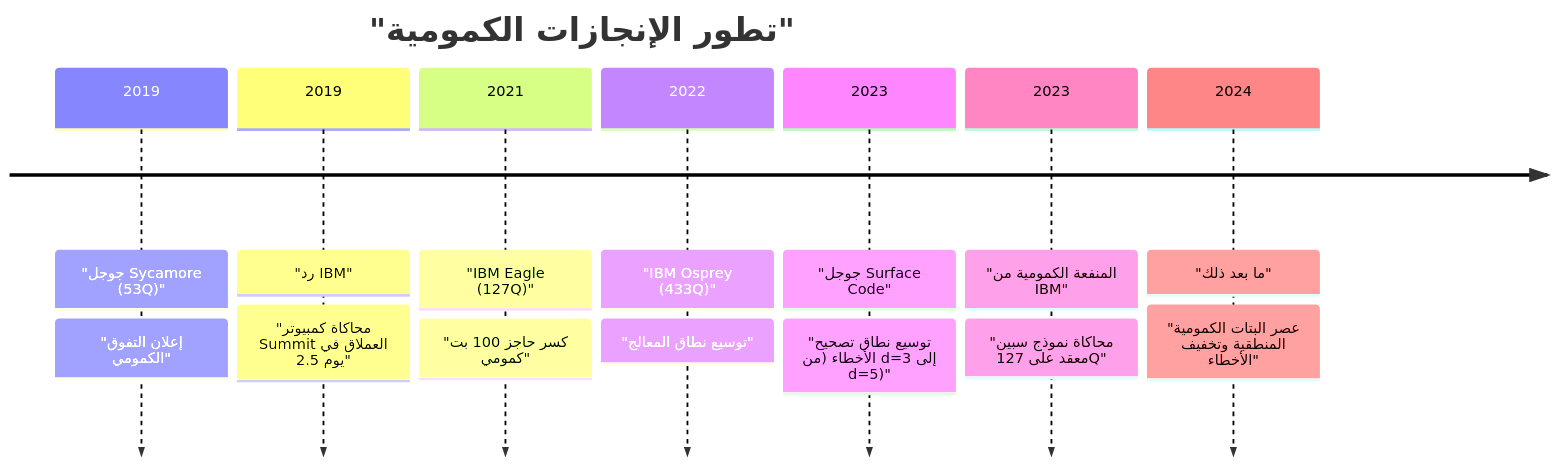
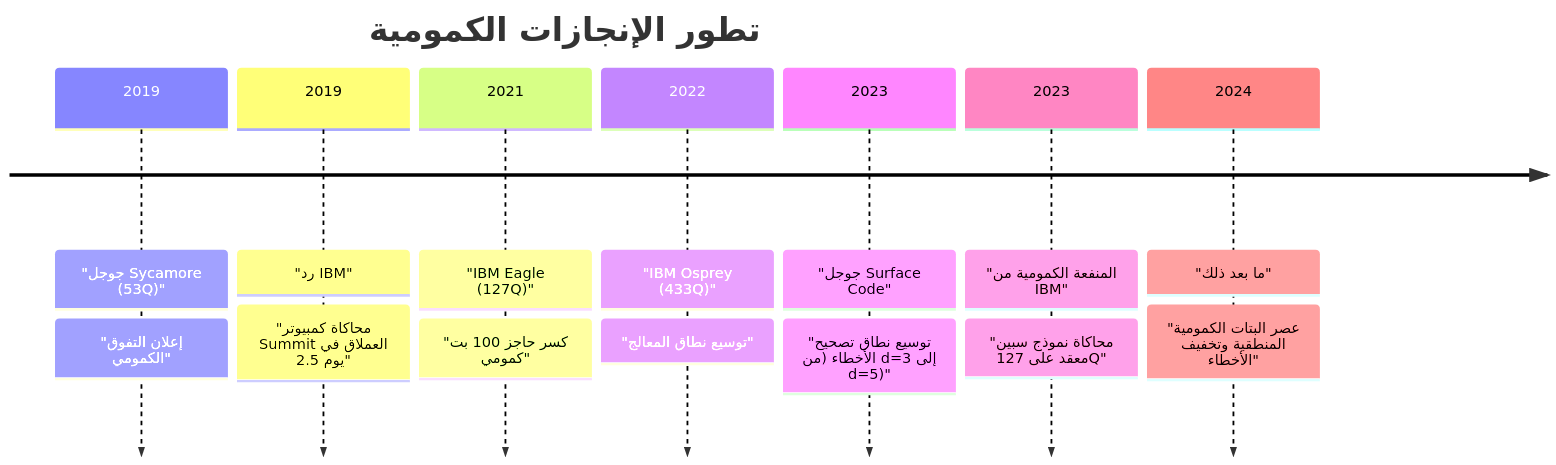
One commit to kenjinote/blog changed the second of 3 diagrams in content/post/量子超越性とは何か/index.ar.md. Above: the diagram before and after it, drawn with Mermaid. The commit also changed other lines of this file and 703 other files, not shown here.

Commit message:
Fix: Remove quotes from Mermaid link texts and timeline definitions to support Mermaid 11.4.1

````diff
--- a/content/post/量子超越性とは何か/index.ar.md
+++ b/content/post/量子超越性とは何か/index.ar.md
@@ -106,11 +106,11 @@
 ```mermaid
 timeline
-    title "تطور الإنجازات الكمومية"
+    title تطور الإنجازات الكمومية
     2019 : "جوجل Sycamore (53Q)" : "إعلان التفوق الكمومي"
     2019 : "رد IBM" : "محاكاة كمبيوتر Summit العملاق في 2.5 يوم"
     2021 : "IBM Eagle (127Q)" : "كسر حاجز 100 بت كمومي"
     2022 : "IBM Osprey (433Q)" : "توسيع نطاق المعالج"
     2023 : "جوجل Surface Code" : "توسيع نطاق تصحيح الأخطاء (من d=3 إلى d=5)"
     2023 : "المنفعة الكمومية من IBM" : "محاكاة نموذج سبين معقد على 127Q"
     2024 : "ما بعد ذلك" : "عصر البتات الكمومية المنطقية وتخفيف الأخطاء"
 ```
````
